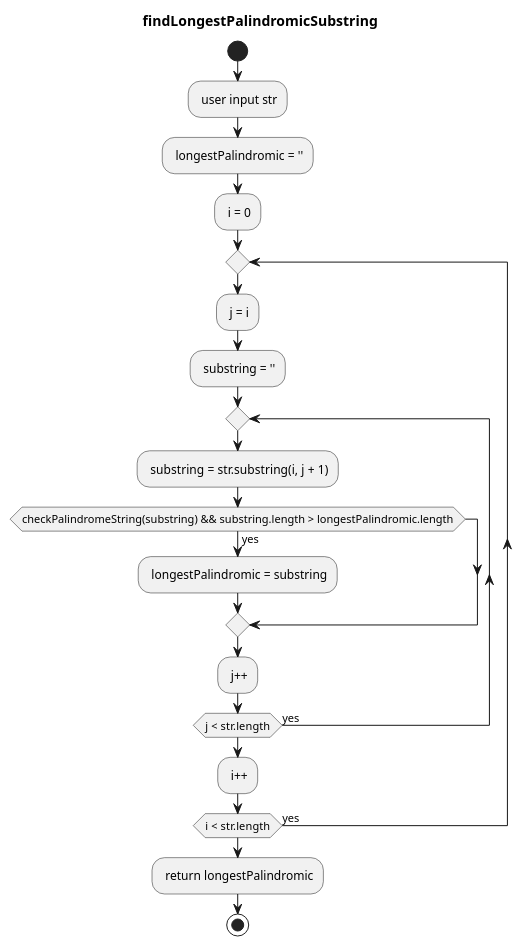
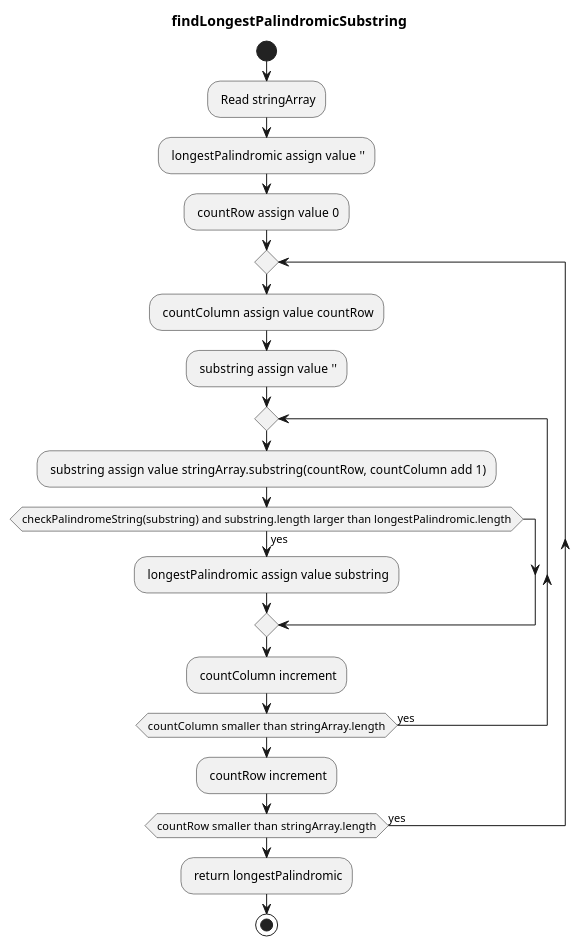
One commit to codingPhuc/B-i-t-p-nh-p-m-n-l-p-tr-nh changed the diagram in diagram/4d.wsd. Above: the diagram before and after it, drawn with PlantUML. The commit also changed 102 other files, not shown here.

```diff
--- a/diagram/4d.wsd
+++ b/diagram/4d.wsd
@@ -1,21 +1,21 @@
 @startuml 
 title findLongestPalindromicSubstring
 start
-: user input str;
-: longestPalindromic = '';
-: i = 0;
+: Read stringArray;
+: longestPalindromic assign value  '';
+: countRow assign value  0;
 repeat
-  : j = i;
-  : substring = '';
+  : countColumn assign value  countRow;
+  : substring assign value  '';
   repeat
-    : substring = str.substring(i, j + 1);
-    if(checkPalindromeString(substring) && substring.length > longestPalindromic.length) then (yes)
-        : longestPalindromic = substring;
+    : substring assign value  stringArray.substring(countRow, countColumn add  1);
+    if(checkPalindromeString(substring) and  substring.length larger than longestPalindromic.length) then (yes)
+        : longestPalindromic assign value  substring;
     endif 
-    : j++;
-  repeat while (j < str.length) is (yes)
-  : i++;
-repeat while (i < str.length) is (yes)
+    : countColumn increment;
+  repeat while (countColumn smaller than  stringArray.length) is (yes)
+  : countRow increment;
+repeat while (countRow smaller than  stringArray.length) is (yes)
 : return longestPalindromic; 
 stop
 @enduml
```
